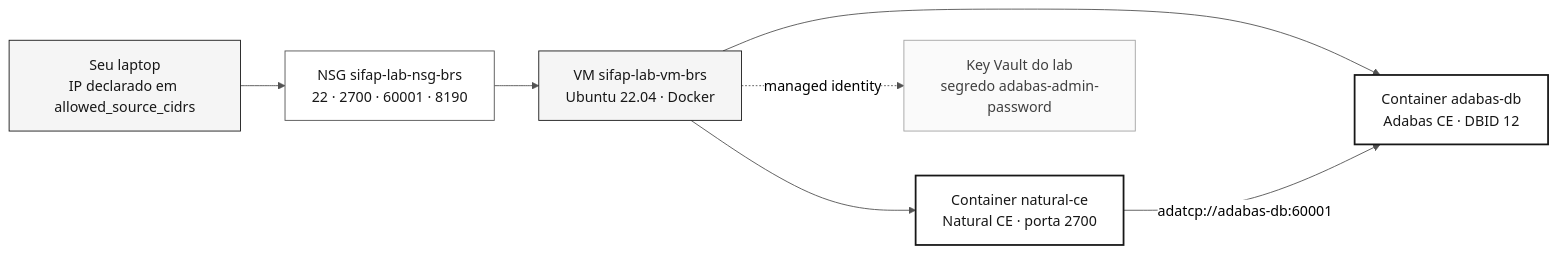
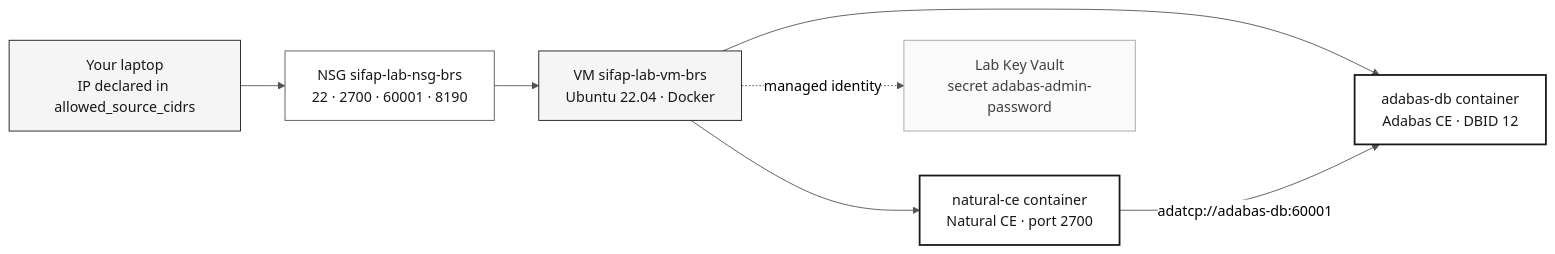
One commit to paulasilvatech/datacorp-mm-team-kit changed the diagram in infra/adabas-natural-lab/README.md. Above: the diagram before and after it, drawn with Mermaid. The commit also changed other lines of this file and 163 other files, not shown here.

````diff
--- a/infra/adabas-natural-lab/README.md
+++ b/infra/adabas-natural-lab/README.md
@@ -57,21 +57,21 @@
 ```mermaid
 %%{init: {'theme':'neutral','themeVariables':{'fontFamily':'ui-sans-serif, system-ui, sans-serif','primaryColor':'#F5F5F5','primaryTextColor':'#171717','primaryBorderColor':'#171717','lineColor':'#525252','secondaryColor':'#FFFFFF','tertiaryColor':'#FAFAFA','background':'#FFFFFF'}}}%%
 flowchart LR
     classDef step fill:#F5F5F5,stroke:#171717,color:#171717
     classDef alt fill:#FFFFFF,stroke:#525252,color:#171717
     classDef muted fill:#FAFAFA,stroke:#A3A3A3,color:#404040
     classDef result fill:#FFFFFF,stroke:#171717,color:#171717,stroke-width:2px
 
-    DEV["Seu laptop<br/>IP declarado em allowed_source_cidrs"]:::step
+    DEV["Your laptop<br/>IP declared in allowed_source_cidrs"]:::step
     NSG["NSG sifap-lab-nsg-brs<br/>22 · 2700 · 60001 · 8190"]:::alt
     VM["VM sifap-lab-vm-brs<br/>Ubuntu 22.04 · Docker"]:::step
-    NAT["Container natural-ce<br/>Natural CE · porta 2700"]:::result
-    ADA["Container adabas-db<br/>Adabas CE · DBID 12"]:::result
-    KV["Key Vault do lab<br/>segredo adabas-admin-password"]:::muted
+    NAT["natural-ce container<br/>Natural CE · port 2700"]:::result
+    ADA["adabas-db container<br/>Adabas CE · DBID 12"]:::result
+    KV["Lab Key Vault<br/>secret adabas-admin-password"]:::muted
 
     DEV --> NSG --> VM
     VM --> NAT
     VM --> ADA
     NAT -->|"adatcp://adabas-db:60001"| ADA
     VM -.->|"managed identity"| KV
 ```
````
